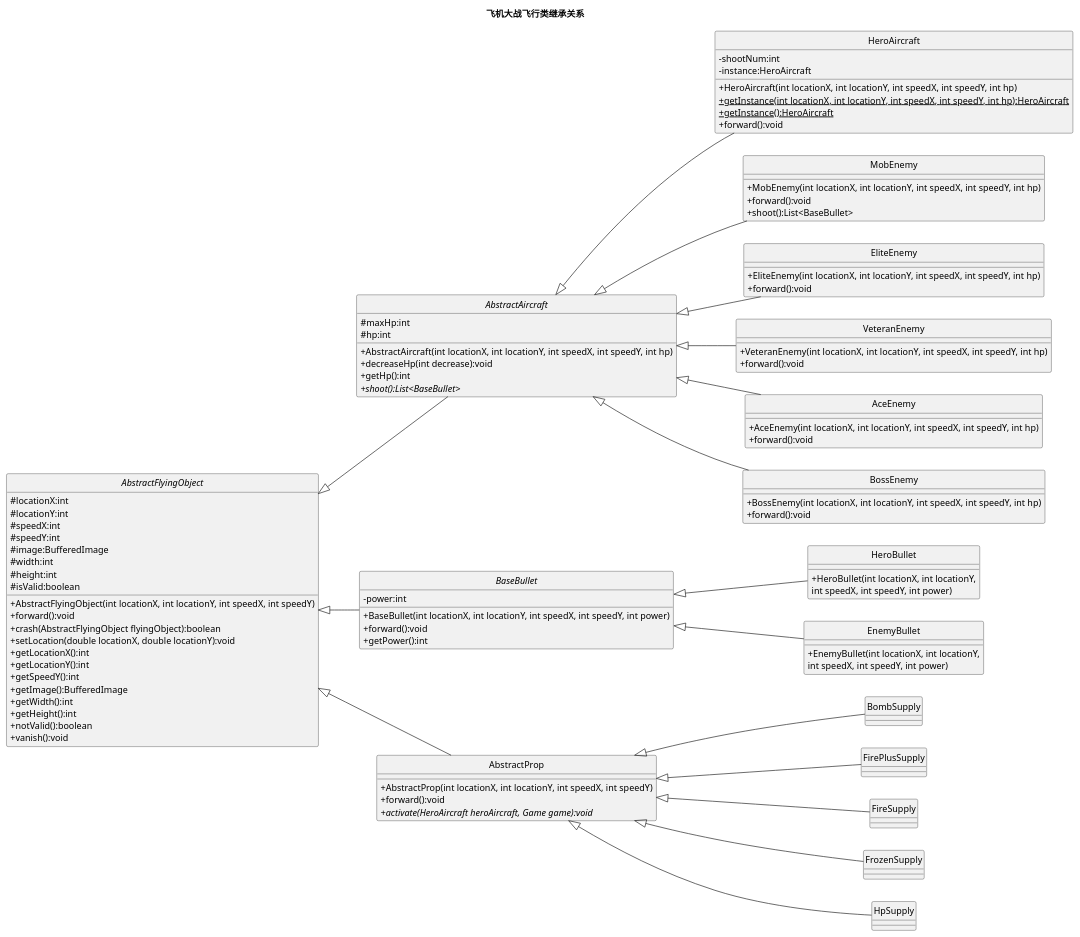
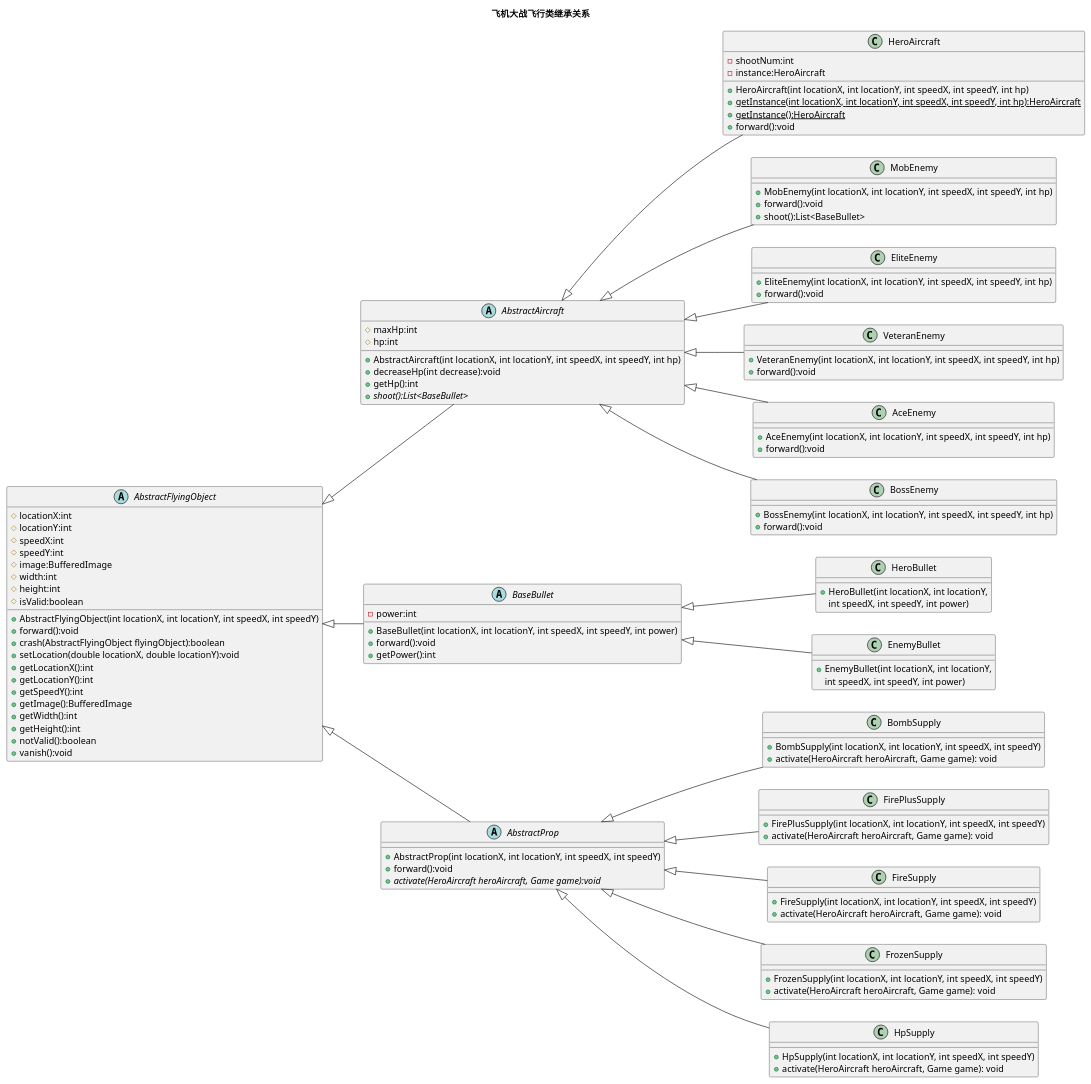
Before and after one commit to go1112/AircraftWar: the diagram in uml/Inheritence.puml, drawn with PlantUML. The commit also changed 4 other files, not shown here.

Commit message:
完善飞机大战五大uml类图

```diff
--- a/uml/Inheritence.puml
+++ b/uml/Inheritence.puml
@@ -1,145 +1,149 @@
 @startuml
 'https://plantuml.com/class-diagram
 title 飞机大战飞行类继承关系
-skinparam classAttributeIconSize 0
-skinparam Style strictuml
+
 left to right direction
 abstract class AbstractFlyingObject{
     # locationX:int
     # locationY:int
     # speedX:int
     # speedY:int
     # image:BufferedImage
     # width:int
     # height:int
     # isValid:boolean
 
     + AbstractFlyingObject(int locationX, int locationY, int speedX, int speedY)
     + forward():void
     + crash(AbstractFlyingObject flyingObject):boolean
     + setLocation(double locationX, double locationY):void
     + getLocationX():int
     + getLocationY():int
     + getSpeedY():int
     + getImage():BufferedImage
     + getWidth():int
     + getHeight():int
     + notValid():boolean
     + vanish():void
 }
 abstract class AbstractAircraft
 {
     # maxHp:int
     # hp:int
     + AbstractAircraft(int locationX, int locationY, int speedX, int speedY, int hp)
     + decreaseHp(int decrease):void
     + getHp():int
     + {abstract} shoot():List<BaseBullet>
 }
 
 
 class HeroAircraft {
     - shootNum:int
     - instance:HeroAircraft
     + HeroAircraft(int locationX, int locationY, int speedX, int speedY, int hp)
     + {static} getInstance(int locationX, int locationY, int speedX, int speedY, int hp):HeroAircraft
     + {static} getInstance():HeroAircraft
     + forward():void
 }
 
 AbstractAircraft <|-- HeroAircraft
 
 class MobEnemy {
     + MobEnemy(int locationX, int locationY, int speedX, int speedY, int hp)
     + forward():void
     + shoot():List<BaseBullet>
 }
 AbstractAircraft <|-- MobEnemy
 
 class EliteEnemy{
     + EliteEnemy(int locationX, int locationY, int speedX, int speedY, int hp)
     + forward():void
 }
 AbstractAircraft <|-- EliteEnemy
 
 class VeteranEnemy{
     + VeteranEnemy(int locationX, int locationY, int speedX, int speedY, int hp)
     + forward():void
 }
 
 AbstractAircraft <|-- VeteranEnemy
 
 class AceEnemy{
     + AceEnemy(int locationX, int locationY, int speedX, int speedY, int hp)
     + forward():void
 }
 
 AbstractAircraft <|-- AceEnemy
 
 class BossEnemy{
     + BossEnemy(int locationX, int locationY, int speedX, int speedY, int hp)
     + forward():void
 }
 
 AbstractAircraft <|-- BossEnemy
 
 abstract class BaseBullet
 {
     - power:int
     + BaseBullet(int locationX, int locationY, int speedX, int speedY, int power)
     + forward():void
     + getPower():int
 }
 
 class HeroBullet {
     + HeroBullet(int locationX, int locationY,
     int speedX, int speedY, int power)
 }
 
 class EnemyBullet {
     + EnemyBullet(int locationX, int locationY,
     int speedX, int speedY, int power)
 }
 
 BaseBullet <|-- HeroBullet
 BaseBullet <|-- EnemyBullet
 
 
-class AbstractProp{
+abstract class AbstractProp{
     + AbstractProp(int locationX, int locationY, int speedX, int speedY)
     + forward():void
     + {abstract} activate(HeroAircraft heroAircraft, Game game):void
 
 }
 
 class BombSupply{
-
+    + BombSupply(int locationX, int locationY, int speedX, int speedY)
+    + activate(HeroAircraft heroAircraft, Game game): void
 }
 AbstractProp <|-- BombSupply
 
 class FirePlusSupply{
-
+    + FirePlusSupply(int locationX, int locationY, int speedX, int speedY)
+    + activate(HeroAircraft heroAircraft, Game game): void
 }
 AbstractProp <|-- FirePlusSupply
 
 class FireSupply{
-
+    + FireSupply(int locationX, int locationY, int speedX, int speedY)
+    + activate(HeroAircraft heroAircraft, Game game): void
 }
 AbstractProp <|-- FireSupply
 
 class FrozenSupply{
-
+    + FrozenSupply(int locationX, int locationY, int speedX, int speedY)
+    + activate(HeroAircraft heroAircraft, Game game): void
 }
 AbstractProp <|-- FrozenSupply
 
 class HpSupply{
-
+    + HpSupply(int locationX, int locationY, int speedX, int speedY)
+    + activate(HeroAircraft heroAircraft, Game game): void
 }
 AbstractProp <|-- HpSupply
 
 
 AbstractFlyingObject <|-- AbstractAircraft
 AbstractFlyingObject <|-- BaseBullet
 AbstractFlyingObject <|-- AbstractProp
 
 @enduml
```
